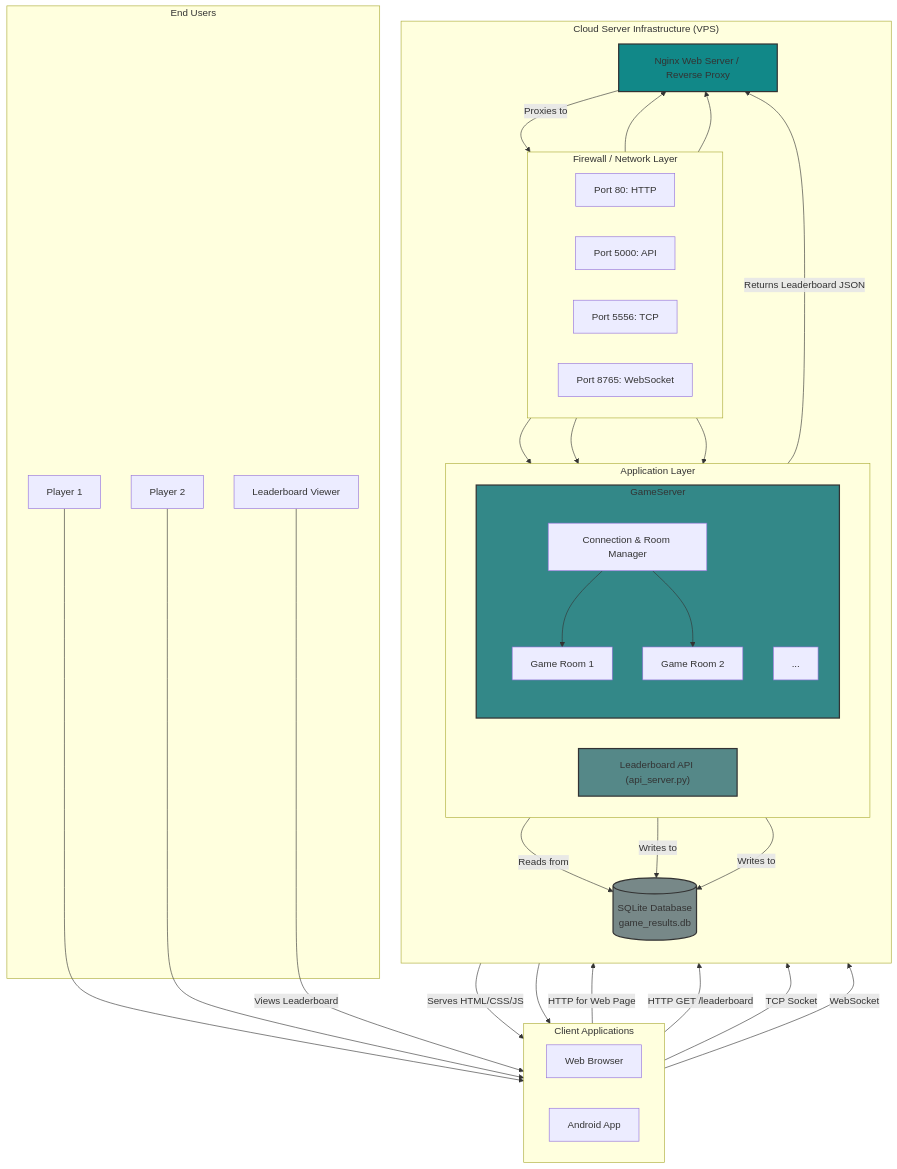
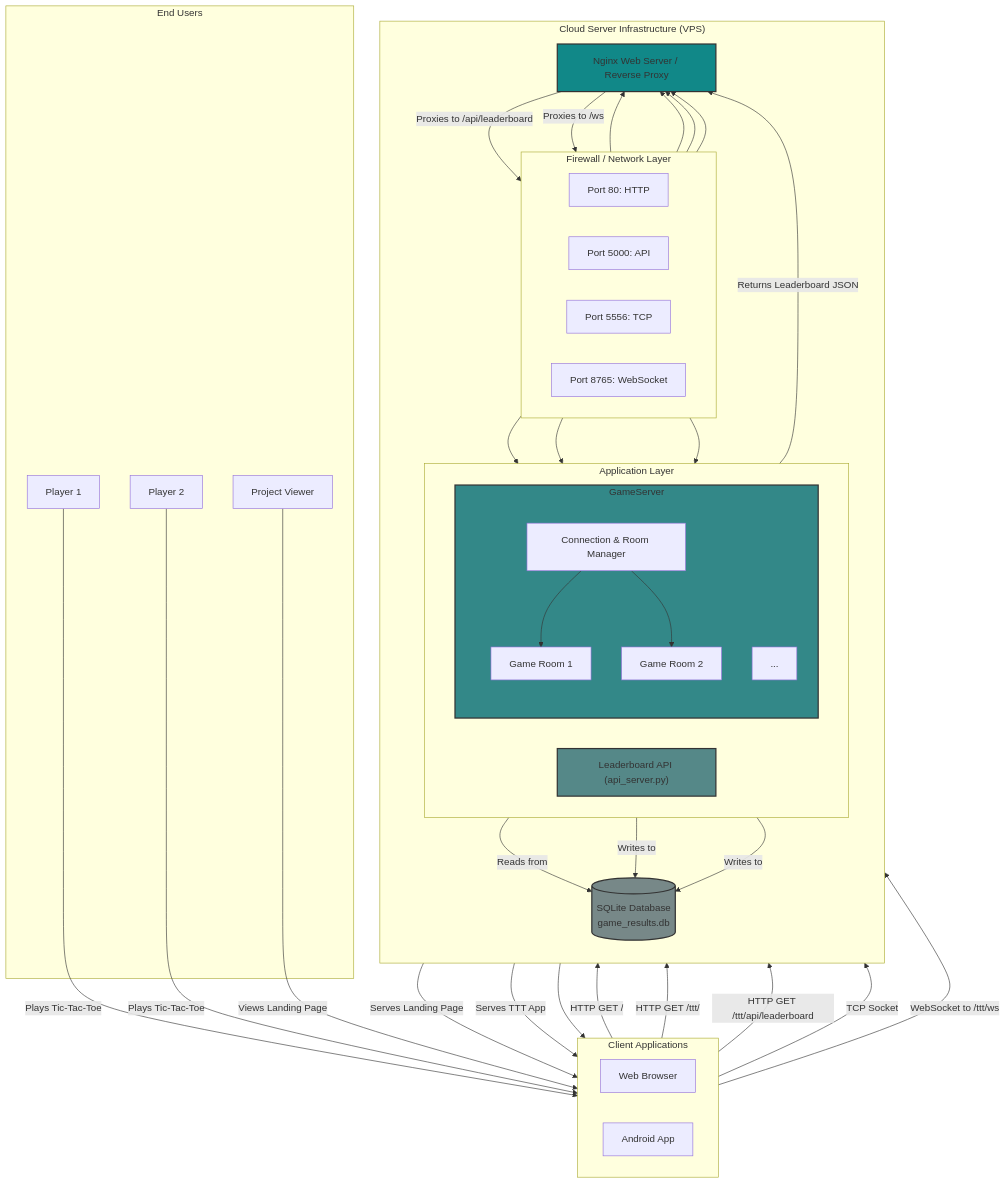
The diagram in docs/system_architecture.md (paragpachpute/multiplayer-tic-tac-to), drawn with Mermaid before and after one commit. The commit also changed 2 other files, not shown here.

Commit message:
docs: Update documentation for multi-project server structure

````diff
--- a/docs/system_architecture.md
+++ b/docs/system_architecture.md
@@ -1,73 +1,76 @@
 ```mermaid
 graph TD
     subgraph "End Users"
         UserA[Player 1]
         UserB[Player 2]
-        UserC[Leaderboard Viewer]
+        UserC[Project Viewer]
     end
 
     subgraph "Client Applications"
         direction LR
         Browser[Web Browser]
         Android[Android App]
     end
 
     subgraph "Cloud Server Infrastructure (VPS)"
         direction TB
 
         subgraph "Firewall / Network Layer"
             direction LR
             Port80[Port 80: HTTP]
             Port5000[Port 5000: API]
             Port5556[Port 5556: TCP]
             Port8765[Port 8765: WebSocket]
         end
         
         Nginx[Nginx Web Server / Reverse Proxy]
 
         subgraph "Application Layer"
             direction LR
             GameServer["Multi-Game Server (server.py)"]
             APIServer["Leaderboard API (api_server.py)"]
         end
 
         Database[(SQLite Database<br>game_results.db)]
         
         subgraph GameServer
             direction TB
             RoomManager["Connection & Room Manager"]
             GameRoom1["Game Room 1"]
             GameRoom2["Game Room 2"]
             GameRoomN["..."]
         end
     end
     
-    UserA --> Browser
-    UserB --> Android
-
-    UserC -- "Views Leaderboard" --> Browser
+    UserA -- "Plays Tic-Tac-Toe" --> Browser
+    UserB -- "Plays Tic-Tac-Toe" --> Android
+    UserC -- "Views Landing Page" --> Browser
 
     %% Data Flows
-    Browser -- "HTTP for Web Page" --> Port80 --> Nginx
-    Nginx -- "Serves HTML/CSS/JS" --> Browser
+    Browser -- "HTTP GET /" --> Port80 --> Nginx
+    Nginx -- "Serves Landing Page" --> Browser
     
-    Browser -- "HTTP GET /leaderboard" --> Port80 --> Nginx
+    Browser -- "HTTP GET /ttt/" --> Port80 --> Nginx
+    Nginx -- "Serves TTT App" --> Browser
+
+    Browser -- "HTTP GET /ttt/api/leaderboard" --> Port80 --> Nginx
+    Nginx -- "Proxies to /api/leaderboard" --> Port5000 --> APIServer
     APIServer -- "Reads from" --> Database
     APIServer -- "Returns Leaderboard JSON" --> Nginx --> Browser
-    Nginx -- "Proxies to" --> Port5000 --> APIServer
 
     Android -- "TCP Socket" --> Port5556 --> RoomManager
-    Browser -- "WebSocket" --> Port8765 --> RoomManager
+    Browser -- "WebSocket to /ttt/ws" --> Port80 --> Nginx
+    Nginx -- "Proxies to /ws" --> Port8765 --> RoomManager
     
     RoomManager --> GameRoom1
     RoomManager --> GameRoom2
     
     GameRoom1 -- "Writes to" --> Database
     GameRoom2 -- "Writes to" --> Database
 
     %% Styling
     style Nginx fill:#188,stroke:#333,stroke-width:2px
     style GameServer fill:#388,stroke:#333,stroke-width:2px
     style APIServer fill:#588,stroke:#333,stroke-width:2px
     style Database fill:#788,stroke:#333,stroke-width:2px
 ```
````
